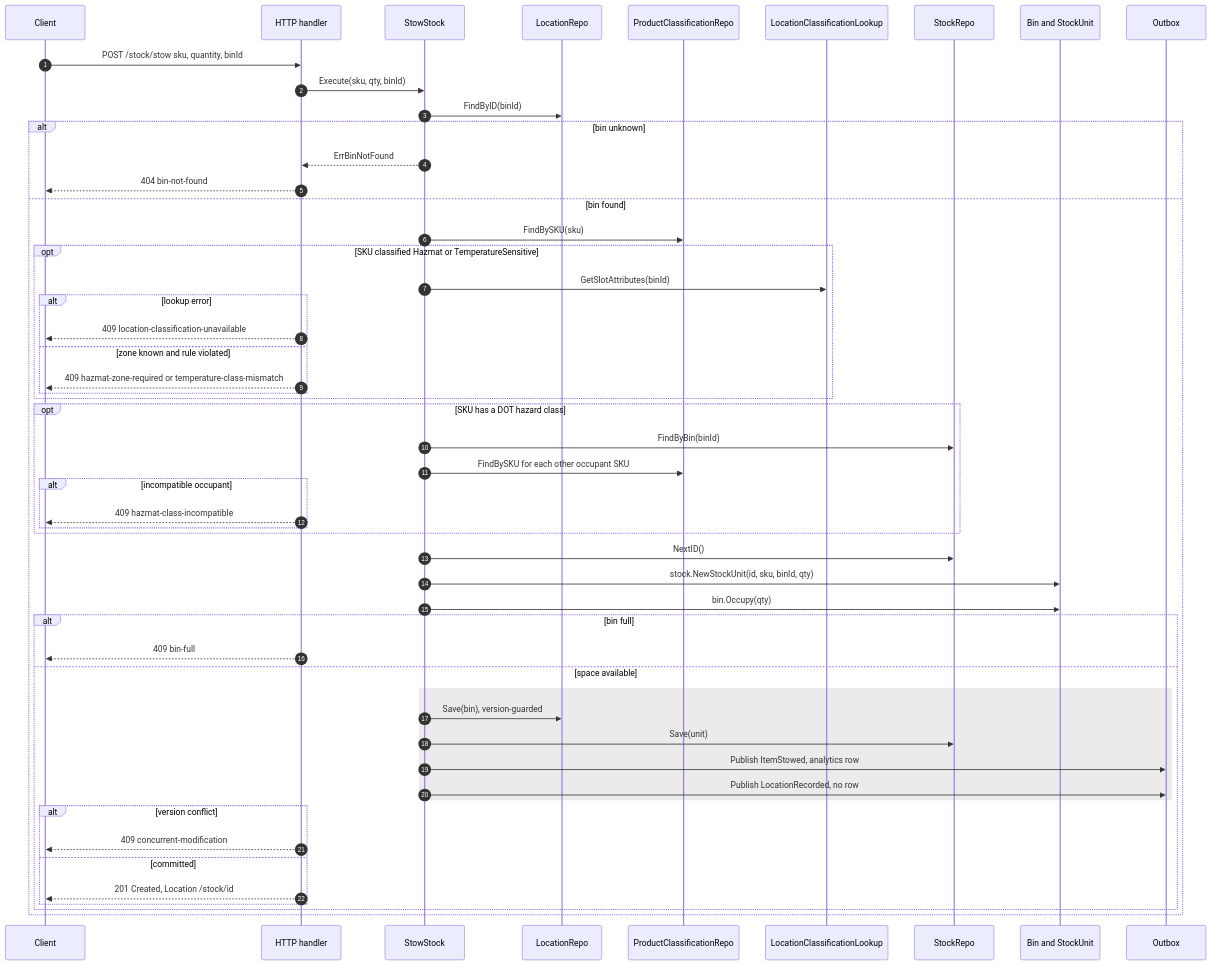
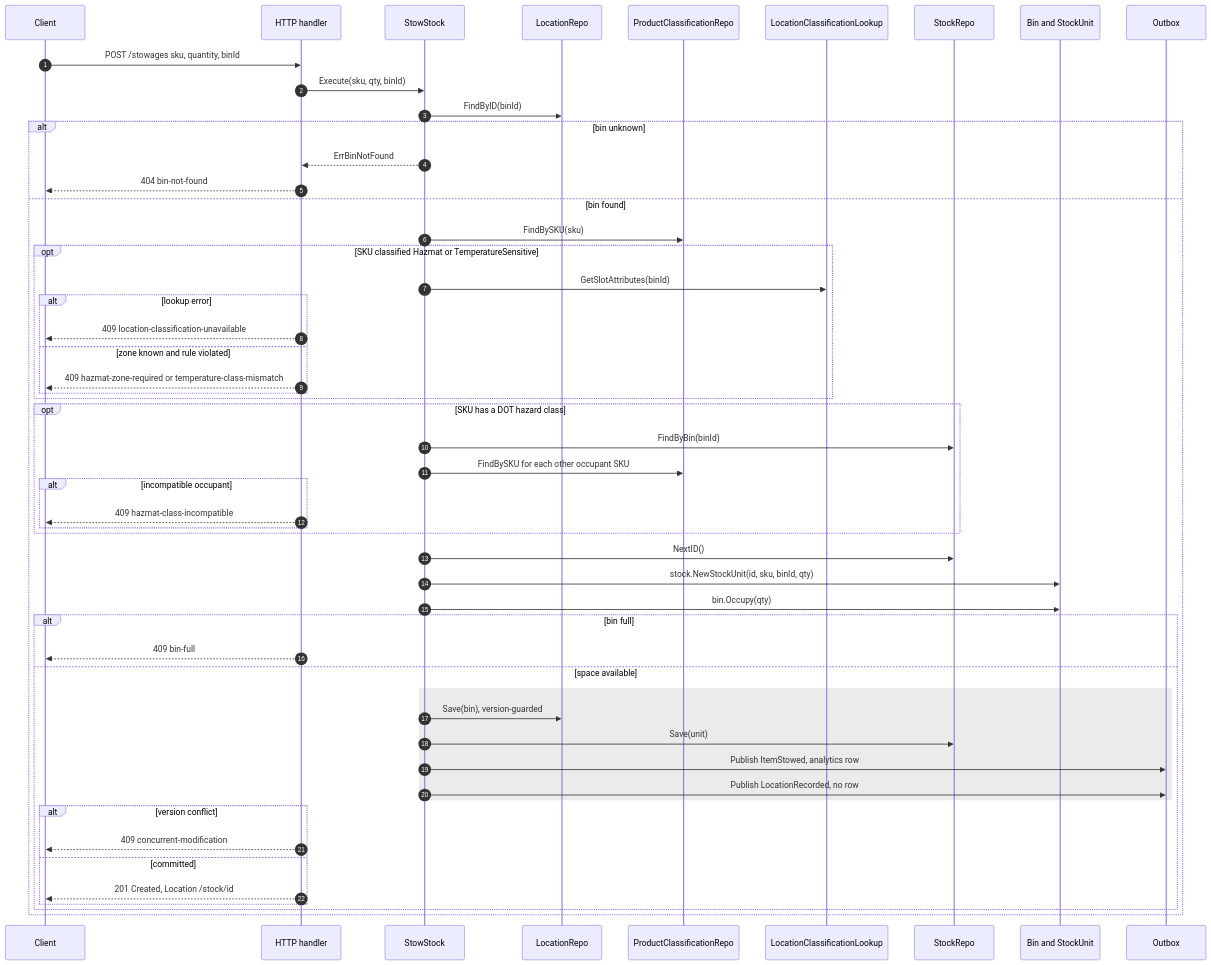
The second of 14 diagrams in docs/docs/ddd/sequence-diagrams.md (IQVO/inventory-storage), drawn with Mermaid before and after one commit. The commit also changed other lines of this file and 34 other files, not shown here.

````diff
--- a/docs/docs/ddd/sequence-diagrams.md
+++ b/docs/docs/ddd/sequence-diagrams.md
@@ -69,55 +69,55 @@
 ```mermaid
 sequenceDiagram
     autonumber
     participant C as Client
     participant H as HTTP handler
     participant UC as StowStock
     participant LR as LocationRepo
     participant PCR as ProductClassificationRepo
     participant LK as LocationClassificationLookup
     participant SR as StockRepo
     participant AG as Bin and StockUnit
     participant OB as Outbox
-    C->>H: POST /stock/stow sku, quantity, binId
+    C->>H: POST /stowages sku, quantity, binId
     H->>UC: Execute(sku, qty, binId)
     UC->>LR: FindByID(binId)
     alt bin unknown
         UC-->>H: ErrBinNotFound
         H-->>C: 404 bin-not-found
     else bin found
         UC->>PCR: FindBySKU(sku)
         opt SKU classified Hazmat or TemperatureSensitive
             UC->>LK: GetSlotAttributes(binId)
             alt lookup error
                 H-->>C: 409 location-classification-unavailable
             else zone known and rule violated
                 H-->>C: 409 hazmat-zone-required or temperature-class-mismatch
             end
         end
         opt SKU has a DOT hazard class
             UC->>SR: FindByBin(binId)
             UC->>PCR: FindBySKU for each other occupant SKU
             alt incompatible occupant
                 H-->>C: 409 hazmat-class-incompatible
             end
         end
         UC->>SR: NextID()
         UC->>AG: stock.NewStockUnit(id, sku, binId, qty)
         UC->>AG: bin.Occupy(qty)
         alt bin full
             H-->>C: 409 bin-full
         else space available
             rect rgb(235, 235, 235)
                 UC->>LR: Save(bin), version-guarded
                 UC->>SR: Save(unit)
                 UC->>OB: Publish ItemStowed, analytics row
                 UC->>OB: Publish LocationRecorded, no row
             end
             alt version conflict
                 H-->>C: 409 concurrent-modification
             else committed
                 H-->>C: 201 Created, Location /stock/id
             end
         end
     end
 ```
````
